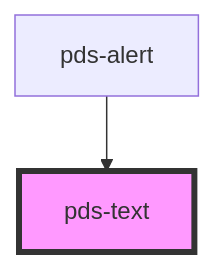
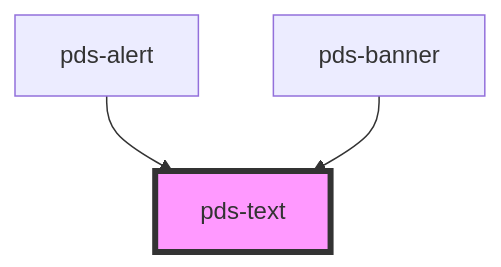
One commit to Kajabi/pine changed the diagram in libs/core/src/components/pds-text/readme.md. Above: the diagram before and after it, drawn with Mermaid. The commit also changed other lines of this file and 2 other files, not shown here.

Commit message:
chore: merge conflicts

````diff
--- a/libs/core/src/components/pds-text/readme.md
+++ b/libs/core/src/components/pds-text/readme.md
@@ -30,5 +31,6 @@
 ```mermaid
 graph TD;
   pds-alert --> pds-text
+  pds-banner --> pds-text
   style pds-text fill:#f9f,stroke:#333,stroke-width:4px
 ```
````
